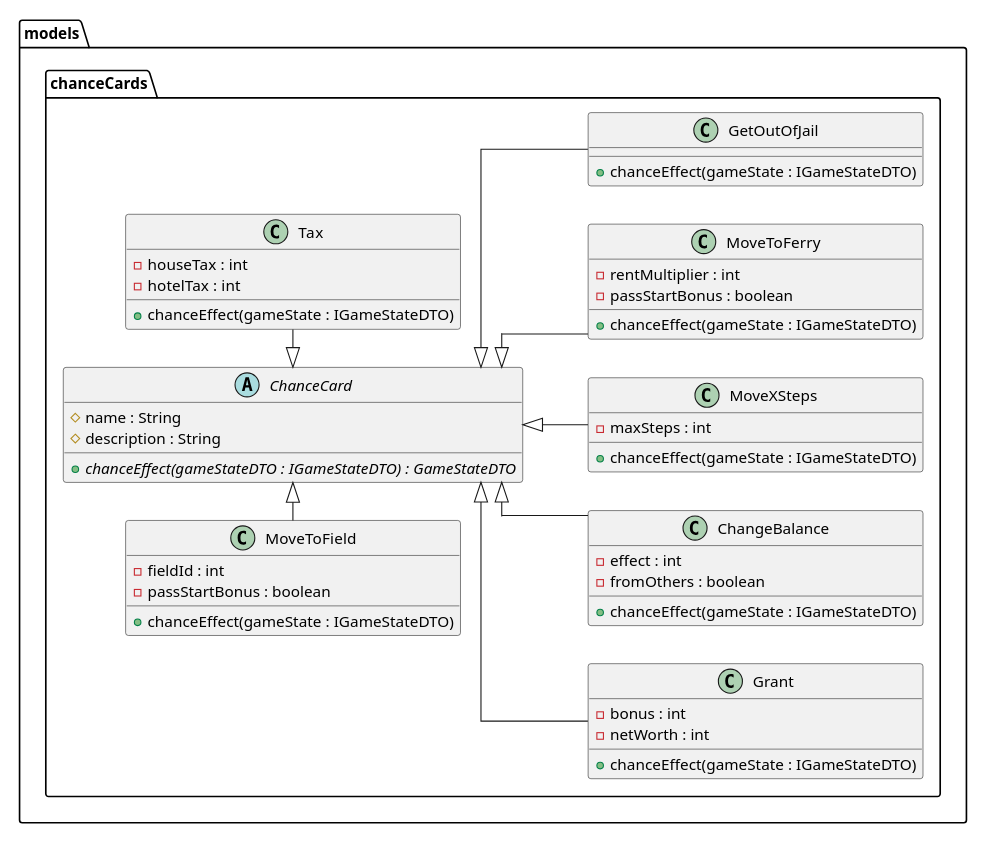
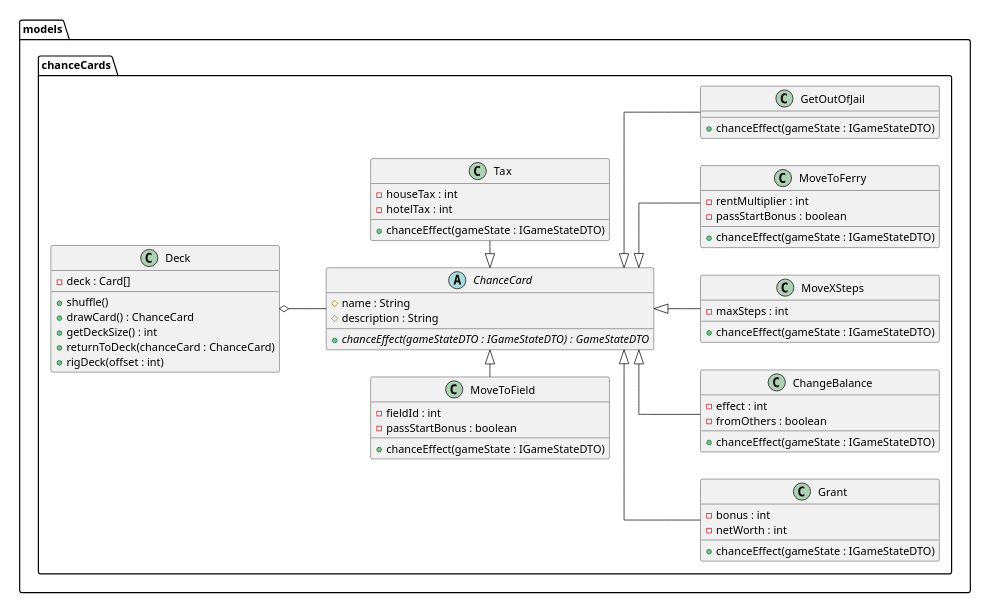
Before and after one commit to Gruppe-10-DTU/CDIO-FINAL: the diagram in src/main/resources/Diagrams/ChanceCardDiagram.puml, drawn with PlantUML. The commit also changed 2 other files, not shown here.

Commit message:
Updated diagrams

```diff
--- a/src/main/resources/Diagrams/ChanceCardDiagram.puml
+++ b/src/main/resources/Diagrams/ChanceCardDiagram.puml
@@ -1,56 +1,63 @@
 @startuml
 skinparam linetype polyline
 skinparam linetype ortho
 scale 500 width
 left to right direction
-
+class models.chanceCards.Deck {
+- deck : Card[]
++ shuffle()
++ drawCard() : ChanceCard
++ getDeckSize() : int
++ returnToDeck(chanceCard : ChanceCard)
++ rigDeck(offset : int)
+}
 abstract class models.chanceCards.ChanceCard {
 # name : String
 # description : String
 + {abstract} chanceEffect(gameStateDTO : IGameStateDTO) : GameStateDTO
 }
 
 class models.chanceCards.Grant {
 - bonus : int
 - netWorth : int
 + chanceEffect(gameState : IGameStateDTO)
 }
 
 class models.chanceCards.ChangeBalance {
 - effect : int
 - fromOthers : boolean
 + chanceEffect(gameState : IGameStateDTO)
 }
 class models.chanceCards.MoveToField {
 - fieldId : int
 - passStartBonus : boolean
 + chanceEffect(gameState : IGameStateDTO)
 }
 class models.chanceCards.MoveXSteps {
 - maxSteps : int
 + chanceEffect(gameState : IGameStateDTO)
 }
 
 class models.chanceCards.MoveToFerry {
 - rentMultiplier : int
 - passStartBonus : boolean
 + chanceEffect(gameState : IGameStateDTO)
 }
 class models.chanceCards.GetOutOfJail {
 + chanceEffect(gameState : IGameStateDTO)
 }
 
 class models.chanceCards.Tax {
 - houseTax : int
 - hotelTax : int
 + chanceEffect(gameState : IGameStateDTO)
 }
-
+models.chanceCards.Deck o-- models.chanceCards.ChanceCard
 models.chanceCards.ChanceCard <|-- models.chanceCards.Grant
 models.chanceCards.ChanceCard <|-left- models.chanceCards.MoveToField
 models.chanceCards.ChanceCard <|-- models.chanceCards.ChangeBalance
 models.chanceCards.ChanceCard <|-- models.chanceCards.MoveToFerry
 models.chanceCards.ChanceCard <|-- models.chanceCards.GetOutOfJail
 models.chanceCards.ChanceCard <|-right- models.chanceCards.Tax
 models.chanceCards.ChanceCard <|-- models.chanceCards.MoveXSteps
 @enduml
```
